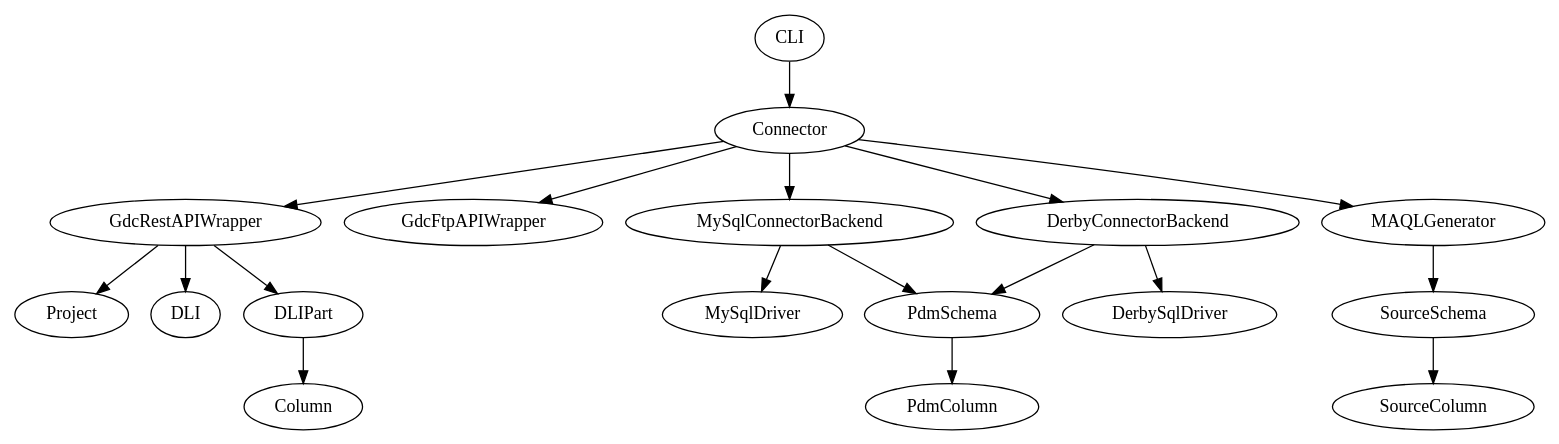
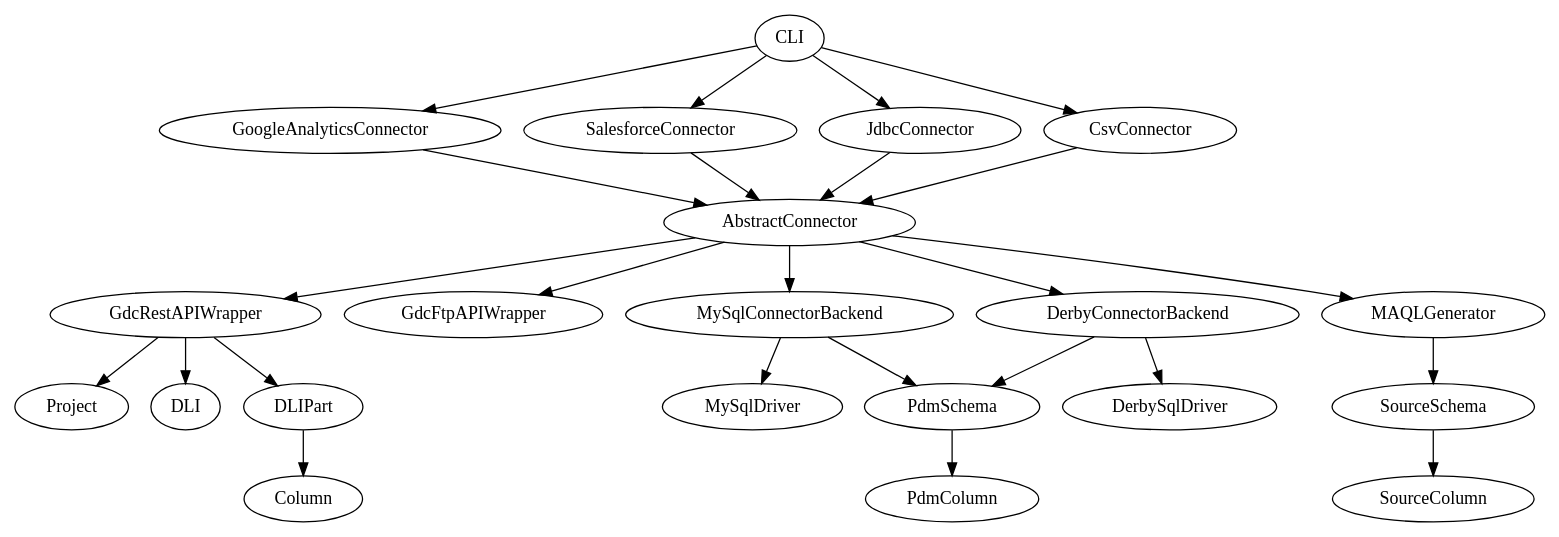
The diagram in doc/architecture.dot (gooddata/GoodData-CL), drawn with Graphviz before and after one commit. The commit also changed 7 other files, not shown here.

```diff
--- a/doc/architecture.dot
+++ b/doc/architecture.dot
@@ -1,19 +1,26 @@
 digraph GoodDataCL {
-	CLI -> Connector;
-	Connector -> GdcRestAPIWrapper;
-	Connector -> GdcFtpAPIWrapper;
-	Connector -> MySqlConnectorBackend;
-	Connector -> DerbyConnectorBackend;
-	Connector -> MAQLGenerator;
+	CLI -> GoogleAnalyticsConnector;
+	CLI -> SalesforceConnector;
+	CLI -> JdbcConnector;
+	CLI -> CsvConnector;
+	GoogleAnalyticsConnector -> AbstractConnector;
+	SalesforceConnector  -> AbstractConnector;
+	JdbcConnector  -> AbstractConnector;
+	CsvConnector  -> AbstractConnector;	
+	AbstractConnector -> GdcRestAPIWrapper;
+	AbstractConnector -> GdcFtpAPIWrapper;
+	AbstractConnector -> MySqlConnectorBackend;
+	AbstractConnector -> DerbyConnectorBackend;
+	AbstractConnector -> MAQLGenerator;
 	MAQLGenerator -> SourceSchema;
 	MySqlConnectorBackend -> PdmSchema;
 	MySqlConnectorBackend -> MySqlDriver;
 	DerbyConnectorBackend -> PdmSchema;
 	DerbyConnectorBackend -> DerbySqlDriver;
 	SourceSchema -> SourceColumn;
 	PdmSchema -> PdmColumn;
 	GdcRestAPIWrapper -> Project;
 	GdcRestAPIWrapper -> DLI;
 	GdcRestAPIWrapper -> DLIPart;
 	DLIPart -> Column;
 }
```
